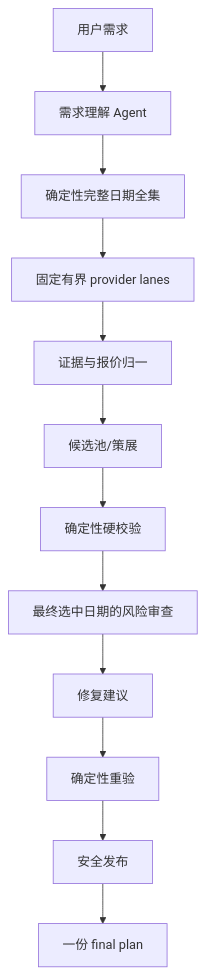
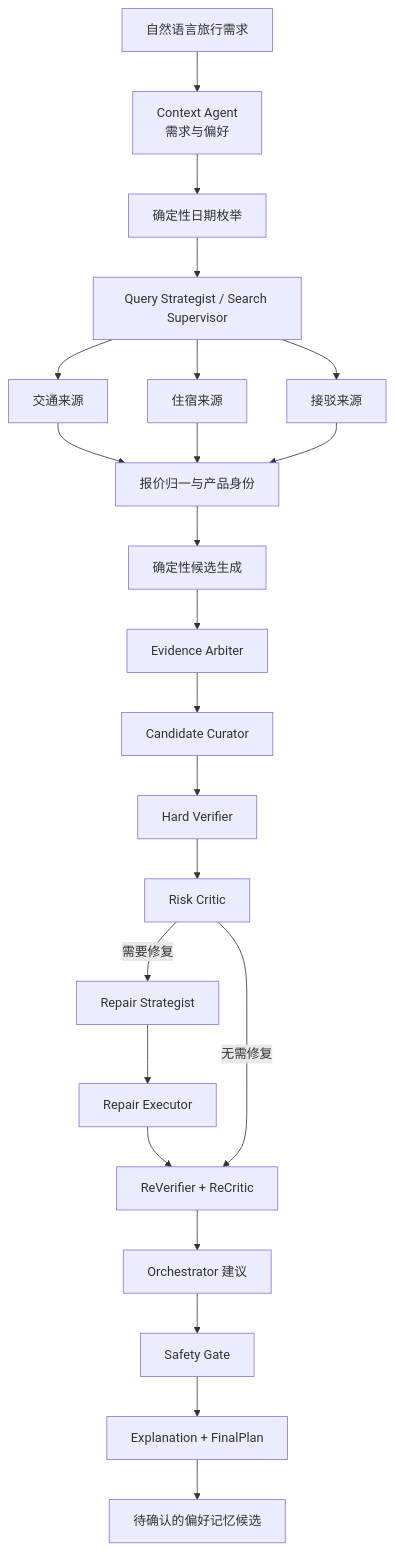
The diagram in docs/architecture.md (Oxygen56/TripChord), drawn with Mermaid before and after one commit. The commit also changed other lines of this file and 2 other files, not shown here.

Commit message:
docs: sharpen TripChord product architecture story

````diff
--- a/docs/architecture.md
+++ b/docs/architecture.md
@@ -11,14 +39,25 @@
 ```mermaid
 flowchart TD
-  U[用户需求] --> Q[需求理解 Agent]
-  Q --> D[确定性完整日期全集]
-  D --> L[固定有界 provider lanes]
-  L --> E[证据与报价归一]
-  E --> P[候选池/策展]
-  P --> H[确定性硬校验]
-  H --> R[最终选中日期的风险审查]
-  R --> X[修复建议]
-  X --> V[确定性重验]
-  V --> S[安全发布]
-  S --> O[一份 final plan]
+  U[自然语言旅行需求] --> C[Context Agent\n需求与偏好]
+  C --> D[确定性日期枚举]
+  D --> Q[Query Strategist / Search Supervisor]
+  Q --> S1[交通来源]
+  Q --> S2[住宿来源]
+  Q --> S3[接驳来源]
+  S1 --> N[报价归一与产品身份]
+  S2 --> N
+  S3 --> N
+  N --> G[确定性候选生成]
+  G --> E[Evidence Arbiter]
+  E --> K[Candidate Curator]
+  K --> H[Hard Verifier]
+  H --> R[Risk Critic]
+  R -->|需要修复| P[Repair Strategist]
+  P --> X[Repair Executor]
+  X --> V[ReVerifier + ReCritic]
+  R -->|无需修复| V
+  V --> O[Orchestrator 建议]
+  O --> F[Safety Gate]
+  F --> L[Explanation + FinalPlan]
+  L --> M[待确认的偏好记忆候选]
 ```
````
